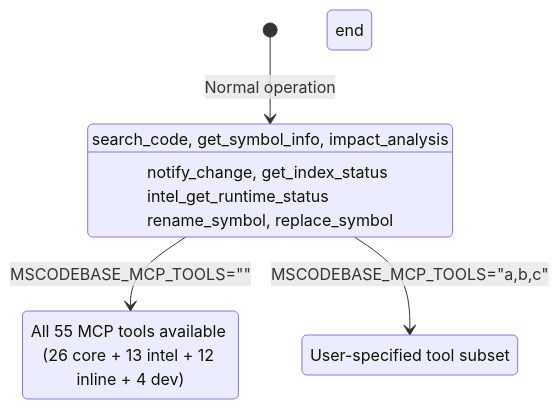
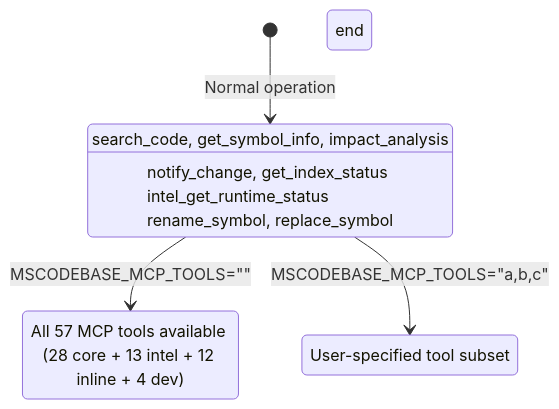
One commit to ManSio/mscodebase-intelligence changed the third of 4 diagrams in docs/en/GRACEFUL_DEGRADATION.md. Above: the diagram before and after it, drawn with Mermaid. The commit also changed 58 other files, not shown here.

````diff
--- a/docs/en/GRACEFUL_DEGRADATION.md
+++ b/docs/en/GRACEFUL_DEGRADATION.md
@@ -84,22 +84,22 @@
 ```mermaid
 stateDiagram-v2
     [*] --> DEFAULT_TOOLS: Normal operation
 
     state DEFAULT_TOOLS[Visible: 12 tools]
         DEFAULT_TOOLS: search_code, get_symbol_info, impact_analysis
         DEFAULT_TOOLS: notify_change, get_index_status
         DEFAULT_TOOLS: intel_get_runtime_status
         DEFAULT_TOOLS: rename_symbol, replace_symbol
     end
 
     DEFAULT_TOOLS --> ALL_TOOLS: MSCODEBASE_MCP_TOOLS=""
     DEFAULT_TOOLS --> CUSTOM_TOOLS: MSCODEBASE_MCP_TOOLS="a,b,c"
 
-    state ALL_TOOLS[Visible: 55 tools]
-        ALL_TOOLS: All 55 MCP tools available (26 core + 13 intel + 12 inline + 4 dev)
+    state ALL_TOOLS[Visible: 57 tools]
+        ALL_TOOLS: All 57 MCP tools available (28 core + 13 intel + 12 inline + 4 dev)
     end
 
     state CUSTOM_TOOLS[Custom selection]
         CUSTOM_TOOLS: User-specified tool subset
     end
 ```
````
